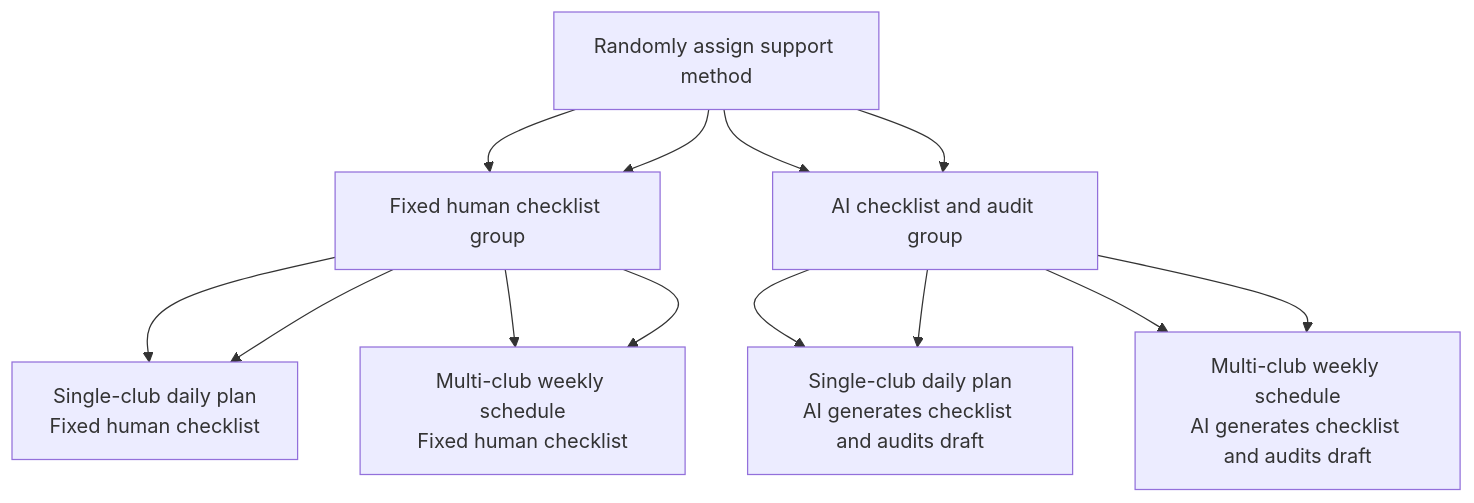
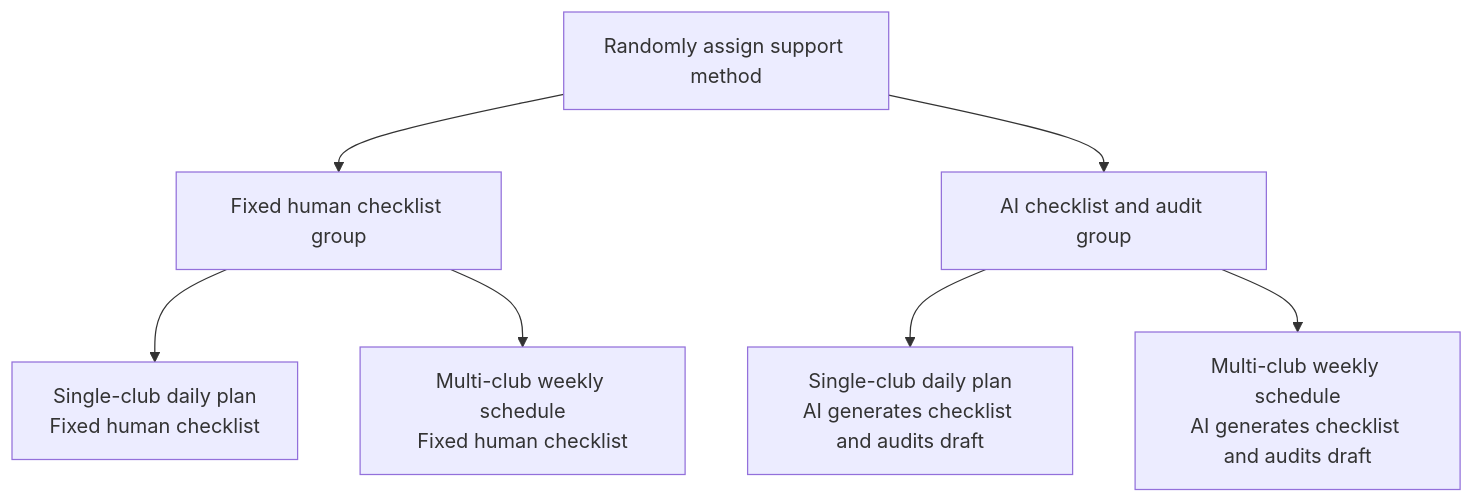
Before and after one commit to coco123-123/ADS401.G.github.io: the first of 4 diagrams in README.md, drawn with Mermaid. The commit also changed other lines of this file, not shown here.

````diff
--- a/README.md
+++ b/README.md
@@ -421,17 +334,11 @@
 ```mermaid
 graph TD
-    A[Randomly assign support method] --> B[No-AI group]
-    A --> C[AI-support group]
     A[Randomly assign support method] --> B[Fixed human checklist group]
     A --> C[AI checklist and audit group]
 
-    B --> D1[Simple task<br/>Human checklist]
-    B --> D2[Complex task<br/>Human checklist]
     B --> D1[Single-club daily plan<br/>Fixed human checklist]
     B --> D2[Multi-club weekly schedule<br/>Fixed human checklist]
 
-    C --> E1[Simple task<br/>AI organises requirements,<br/>suggests risks, critiques initial plan]
-    C --> E2[Complex task<br/>AI organises requirements,<br/>suggests risks, critiques initial plan]
     C --> E1[Single-club daily plan<br/>AI generates checklist and audits draft]
     C --> E2[Multi-club weekly schedule<br/>AI generates checklist and audits draft]
 ```
````
